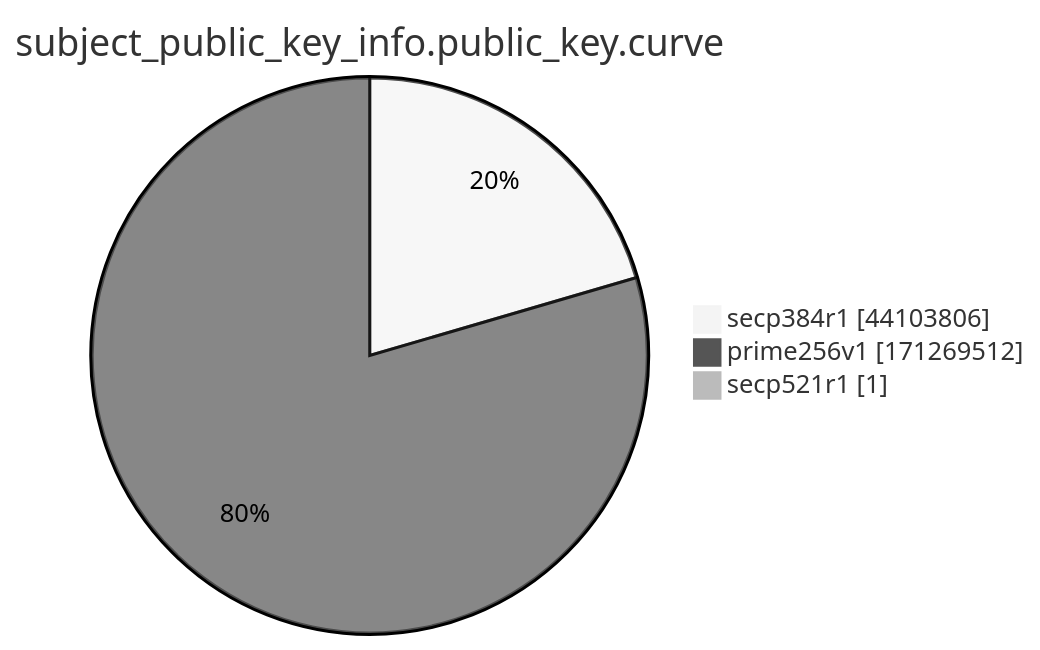
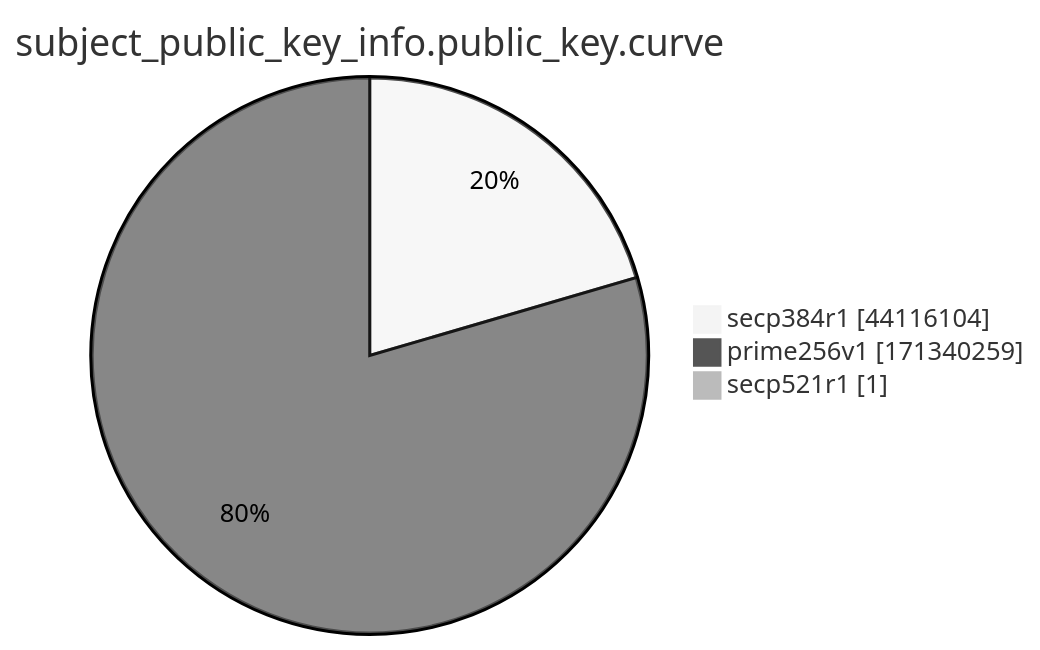
Before and after one commit to christiankrug/ctmonitor_visualization: the ninth of 15 diagrams in xenon2022/README.md, drawn with Mermaid (neutral theme). The commit also changed other lines of this file, not shown here.

````diff
--- a/xenon2022/README.md
+++ b/xenon2022/README.md
@@ -2871,7 +2871,7 @@
 ```mermaid
 pie showData
 title subject_public_key_info.public_key.curve
-"secp384r1" :44103806
-"prime256v1" :171269512
+"secp384r1" :44116104
+"prime256v1" :171340259
 "secp521r1" :1
 ```
````
